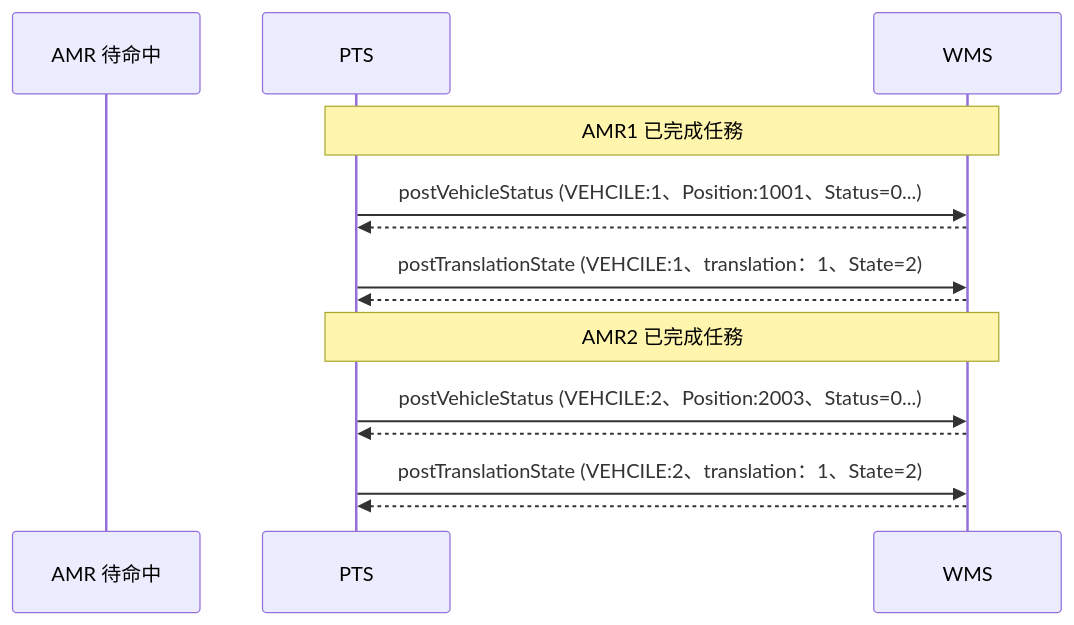
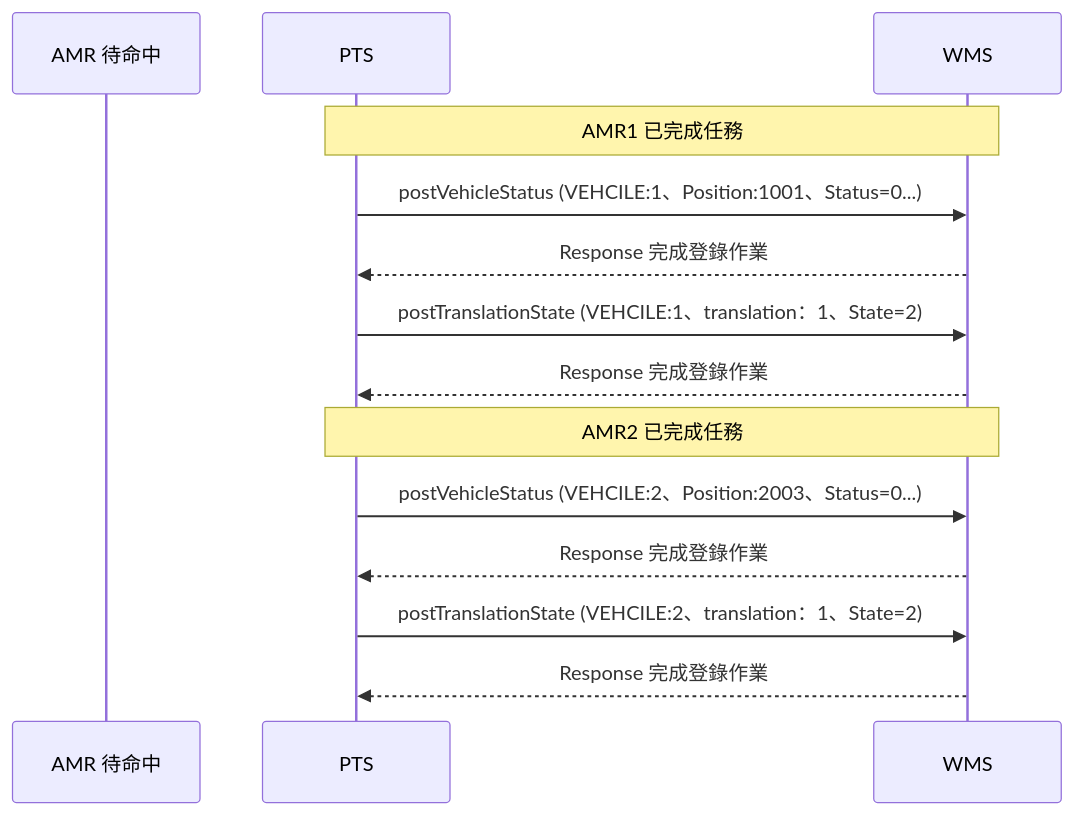
The eighth of 8 diagrams in README.md (athena-tircgo/amr-wms-lsj), drawn with Mermaid before and after one commit. The commit also changed other lines of this file, not shown here.

````diff
--- a/README.md
+++ b/README.md
@@ -410,19 +410,19 @@
 ```mermaid
 sequenceDiagram
     participant AMR 待命中
     participant PTS
     participant WMS
 
 note over PTS,WMS: AMR1 已完成任務
      PTS->>WMS: postVehicleStatus (VEHCILE:1、Position:1001、Status=0...)
-     WMS-->>PTS:
+     WMS-->>PTS:Response 完成登錄作業
      PTS->>WMS: postTranslationState (VEHCILE:1、translation：1、State=2)
-     WMS-->>PTS:
+     WMS-->>PTS:Response 完成登錄作業
 
 note over PTS,WMS: AMR2 已完成任務
      PTS->>WMS: postVehicleStatus (VEHCILE:2、Position:2003、Status=0...)
-     WMS-->>PTS:
+     WMS-->>PTS:Response 完成登錄作業
      PTS->>WMS: postTranslationState (VEHCILE:2、translation：1、State=2)
-     WMS-->>PTS:
+     WMS-->>PTS:Response 完成登錄作業
 
 ```
````
